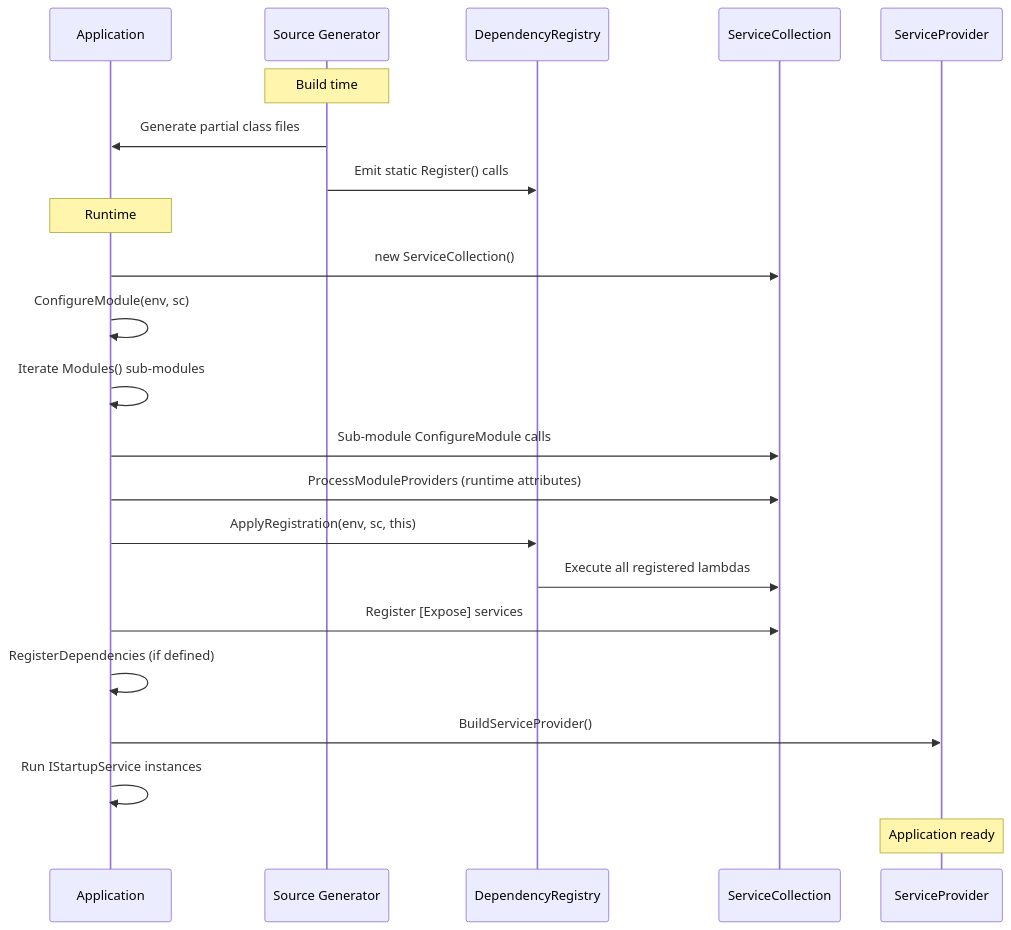
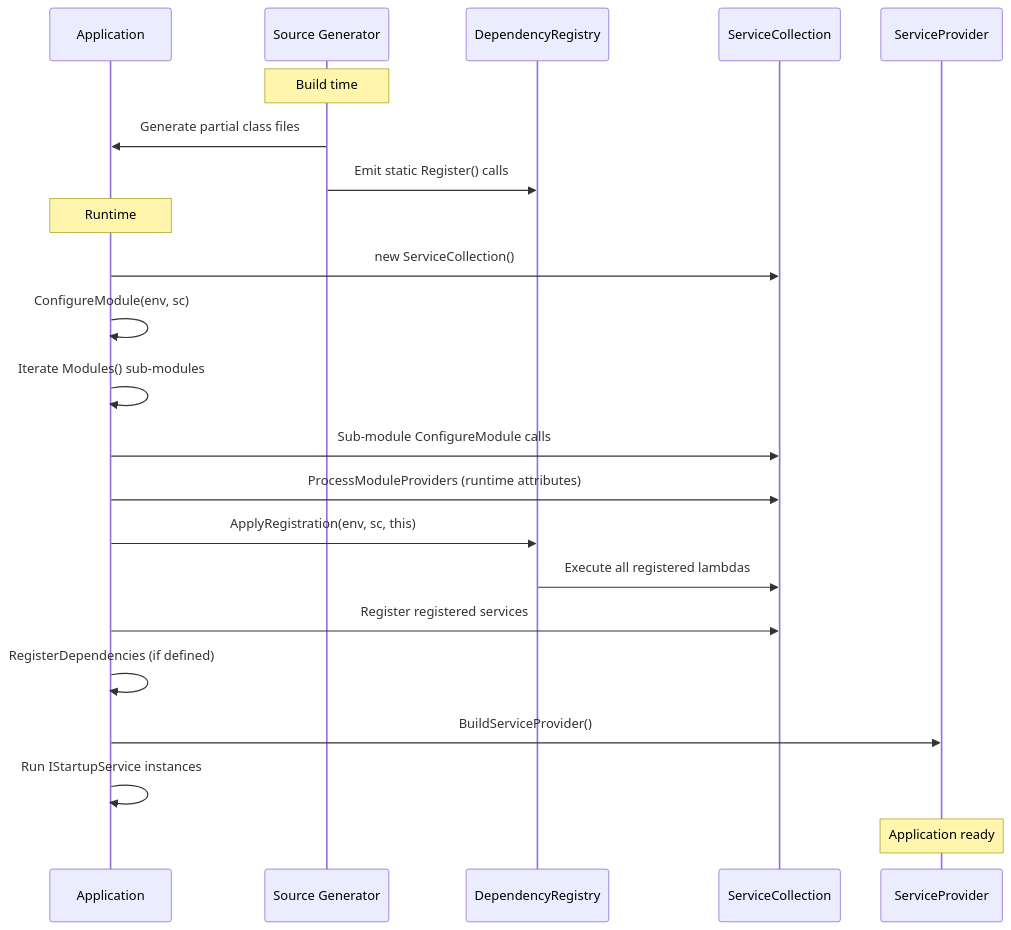
The second of 2 diagrams in docs/architecture/module-system.md (ipjohnson/Hardened.Docs), drawn with Mermaid before and after one commit. The commit also changed other lines of this file and 43 other files, not shown here.

````diff
--- a/docs/architecture/module-system.md
+++ b/docs/architecture/module-system.md
@@ -383,26 +382,26 @@
 ```mermaid
 sequenceDiagram
     participant App as Application
     participant Gen as Source Generator
     participant Reg as DependencyRegistry
     participant SC as ServiceCollection
     participant SP as ServiceProvider
 
     Note over Gen: Build time
     Gen->>App: Generate partial class files
     Gen->>Reg: Emit static Register() calls
 
     Note over App: Runtime
     App->>SC: new ServiceCollection()
     App->>App: ConfigureModule(env, sc)
     App->>App: Iterate Modules() sub-modules
     App->>SC: Sub-module ConfigureModule calls
     App->>SC: ProcessModuleProviders (runtime attributes)
     App->>Reg: ApplyRegistration(env, sc, this)
     Reg->>SC: Execute all registered lambdas
-    App->>SC: Register [Expose] services
+    App->>SC: Register registered services
     App->>App: RegisterDependencies (if defined)
     App->>SP: BuildServiceProvider()
     App->>App: Run IStartupService instances
     Note over SP: Application ready
 ```
````
